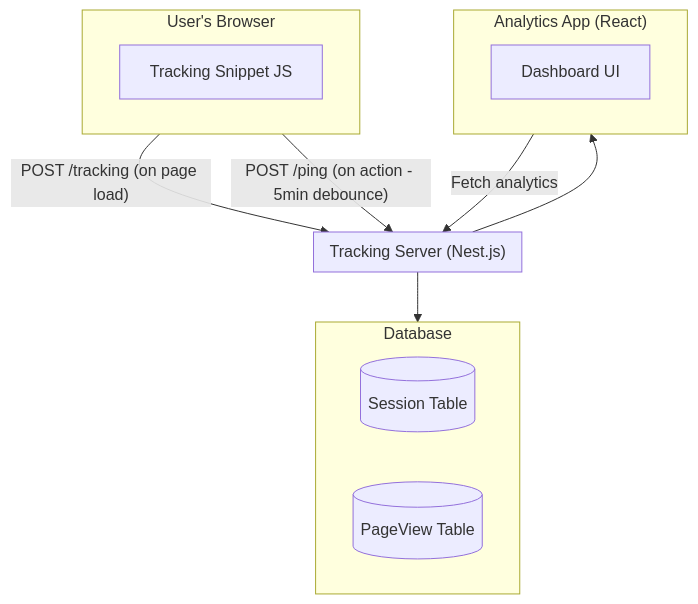
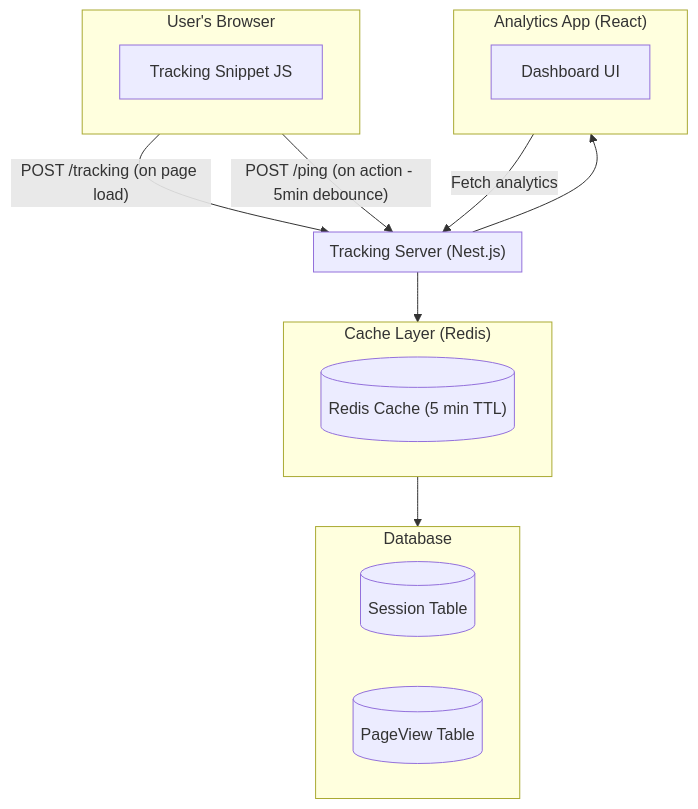
One commit to lucaslosekann/yomali-challenge-backend changed the first of 2 diagrams in README.md. Above: the diagram before and after it, drawn with Mermaid. The commit also changed other lines of this file and 4 other files, not shown here.

First line of the commit message:
feat: integrate caching with Redis using @nestjs/cache-manager

````diff
--- a/README.md
+++ b/README.md
@@ -28,24 +29,31 @@
 ```mermaid
 ---
 config:
   layout: dagre
 ---
 flowchart TD
  subgraph Browser["User's Browser"]
         JS["Tracking Snippet JS"]
   end
  subgraph Server["Tracking Server (Nest.js)"]
   end
+ subgraph Cache["Cache Layer (Redis)"]
+        R[("Redis Cache (5 min TTL)")]
+  end
  subgraph DB["Database"]
         S[("Session Table")]
         PV[("PageView Table")]
   end
  subgraph Analytics["Analytics App (React)"]
         Dashboard["Dashboard UI"]
   end
+
     Browser -- POST /tracking (on page load) --> Server
     Browser -- "POST /ping (on action - 5min debounce)" --> Server
-    Server --> DB & Analytics
+    Server --> Cache
+    Cache --> DB
+    Server --> Analytics
     Analytics -- Fetch analytics --> Server
 
+
 ```
````
